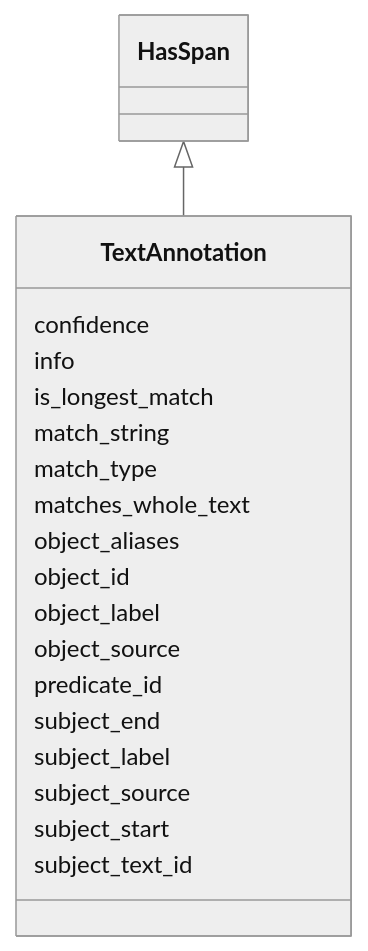
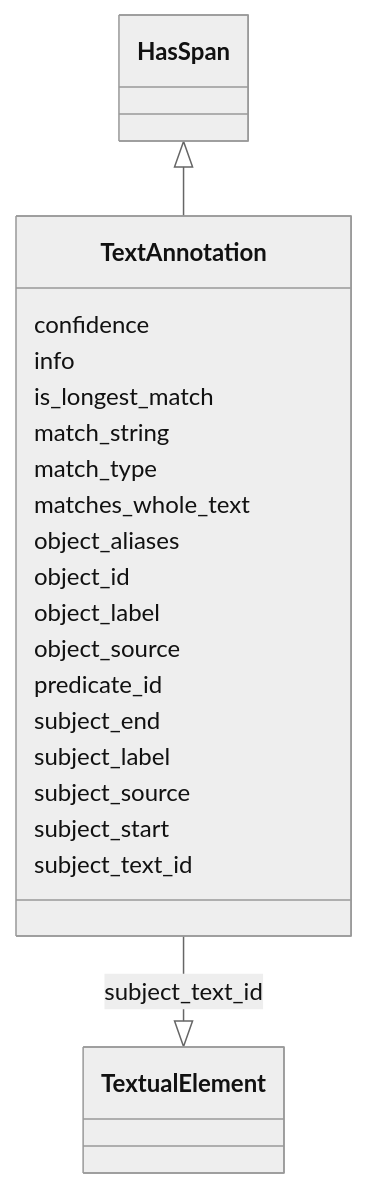
One commit to cthoyt/ontology-access-kit changed the diagram in text-annotator/TextAnnotation.md. Above: the diagram before and after it, drawn with Mermaid (neutral theme). The commit also changed other lines of this file and 3287 other files, not shown here.

````diff
--- a/text-annotator/TextAnnotation.md
+++ b/text-annotator/TextAnnotation.md
@@ -11,23 +14,41 @@
 ```{mermaid}
  classDiagram
     class TextAnnotation
       HasSpan <|-- TextAnnotation
       
       TextAnnotation : confidence
+        
       TextAnnotation : info
+        
       TextAnnotation : is_longest_match
+        
       TextAnnotation : match_string
+        
       TextAnnotation : match_type
+        
       TextAnnotation : matches_whole_text
+        
       TextAnnotation : object_aliases
+        
       TextAnnotation : object_id
+        
       TextAnnotation : object_label
+        
       TextAnnotation : object_source
+        
       TextAnnotation : predicate_id
+        
       TextAnnotation : subject_end
+        
       TextAnnotation : subject_label
+        
       TextAnnotation : subject_source
+        
       TextAnnotation : subject_start
+        
       TextAnnotation : subject_text_id
+        
+          TextAnnotation --|> TextualElement : subject_text_id
+        
       
 ```
````
